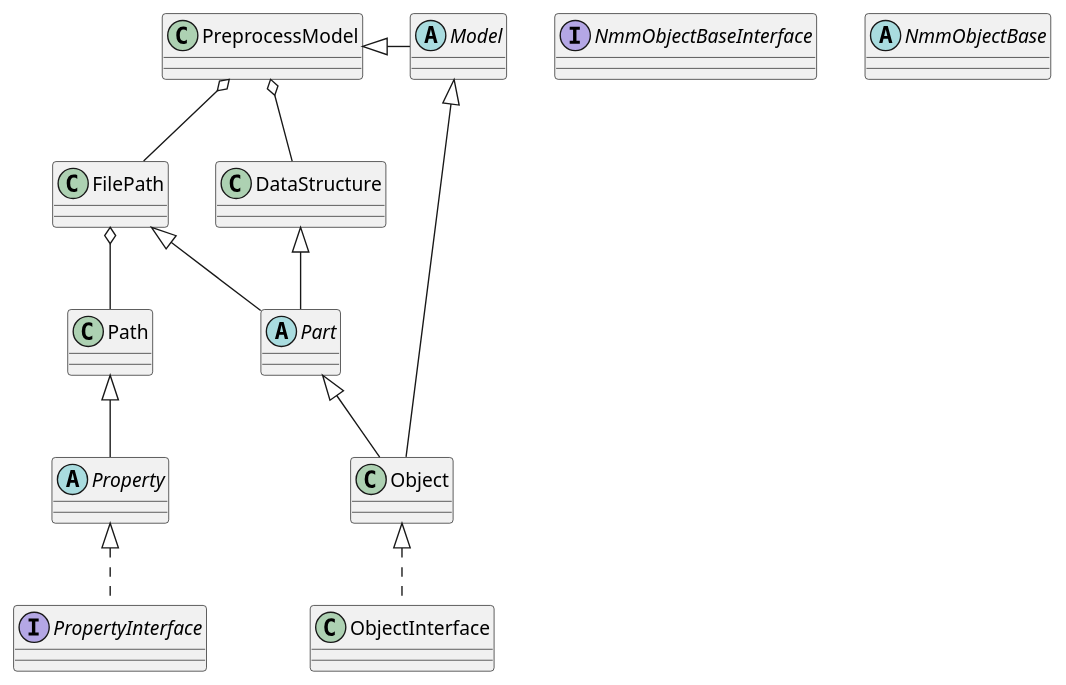
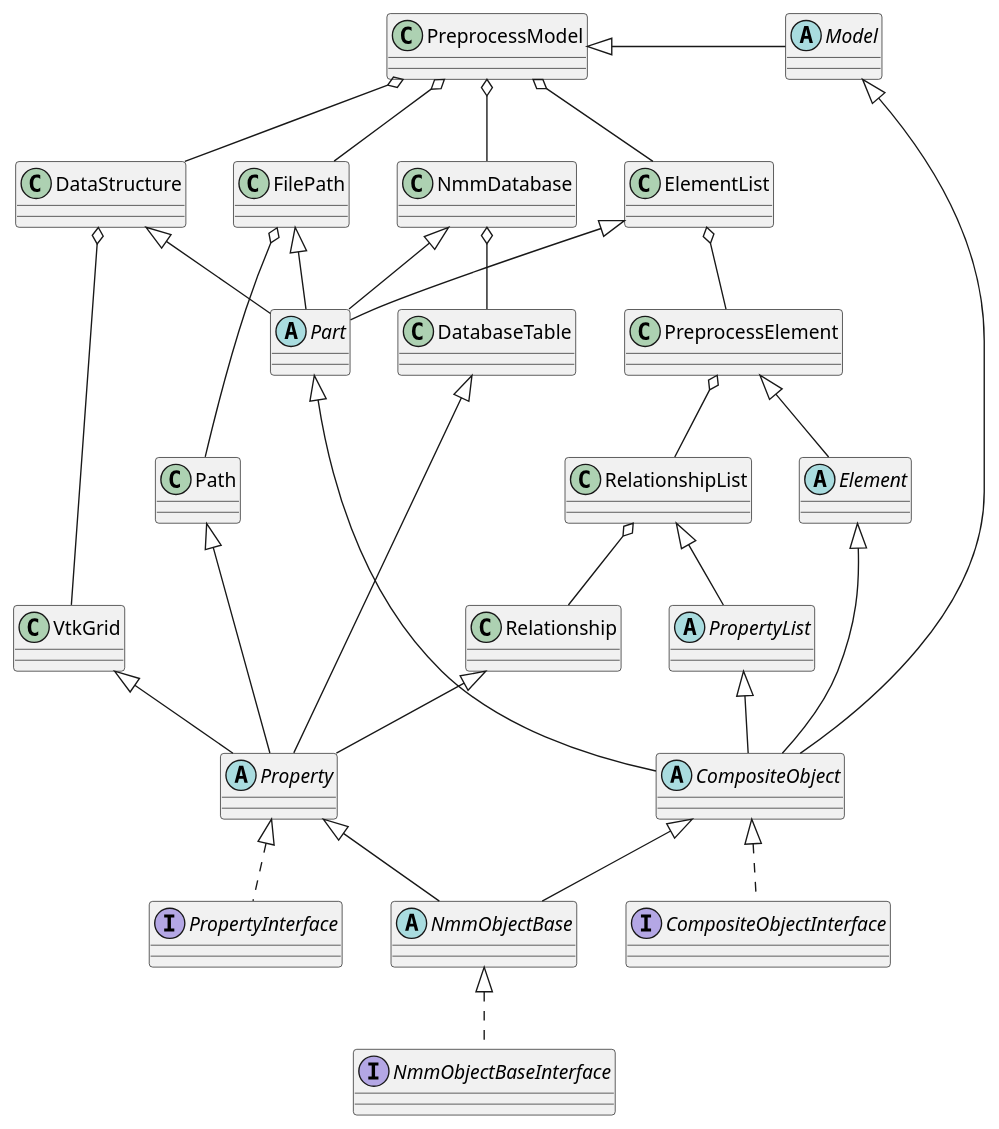
One commit to altair0708/pythonwithnmm changed the diagram in NMM/base/Object/ObjectEntity.puml. Above: the diagram before and after it, drawn with PlantUML. The commit also changed 51 other files, not shown here.

```diff
--- a/NMM/base/Object/ObjectEntity.puml
+++ b/NMM/base/Object/ObjectEntity.puml
@@ -1,39 +1,82 @@
 @startuml
 'https://plantuml.com/class-diagram
 
 interface NmmObjectBaseInterface{
 }
 abstract class NmmObjectBase{
 }
+interface CompositeObjectInterface{
+}
+abstract class CompositeObject{
+}
 abstract class Part{
 }
 class FilePath
 class DataStructure
 
-Object <|.. ObjectInterface
-Part <|-- Object
+NmmObjectBase <|.. NmmObjectBaseInterface
+CompositeObject <|.. CompositeObjectInterface
+CompositeObject <|-- NmmObjectBase
+Part <|-- CompositeObject
 FilePath <|-- Part
 DataStructure <|-- Part
 
 interface PropertyInterface{
 }
 abstract class Property{
 }
 class Path
+class VtkGrid
 
+
+Property <|-- NmmObjectBase
 Property <|.. PropertyInterface
 Path <|-- Property
 FilePath o-- Path
+VtkGrid <|-- Property
+DataStructure o-- VtkGrid
 
 abstract class Model{
 }
-
 class PreprocessModel{
 }
-
-Model <|-- Object
+Model <|-- CompositeObject
 PreprocessModel <|- Model
 PreprocessModel o-- FilePath
 PreprocessModel o-- DataStructure
 
+class NmmDatabase{
+}
+class DatabaseTable{
+}
+DatabaseTable <|-- Property
+NmmDatabase <|-- Part
+NmmDatabase o-- DatabaseTable
+PreprocessModel o-- NmmDatabase
+
+class ElementList{
+}
+abstract class Element{
+}
+class PreprocessElement{
+}
+abstract class PropertyList{
+}
+class RelationshipList{
+}
+class Relationship{
+}
+
+ElementList <|-- Part
+PreprocessElement <|-- Element
+Element <|-- CompositeObject
+RelationshipList <|-- PropertyList
+PropertyList <|-- CompositeObject
+Relationship <|-- Property
+
+PreprocessModel o-- ElementList
+ElementList o-- PreprocessElement
+PreprocessElement o-- RelationshipList
+RelationshipList o-- Relationship
+
 @enduml
```
